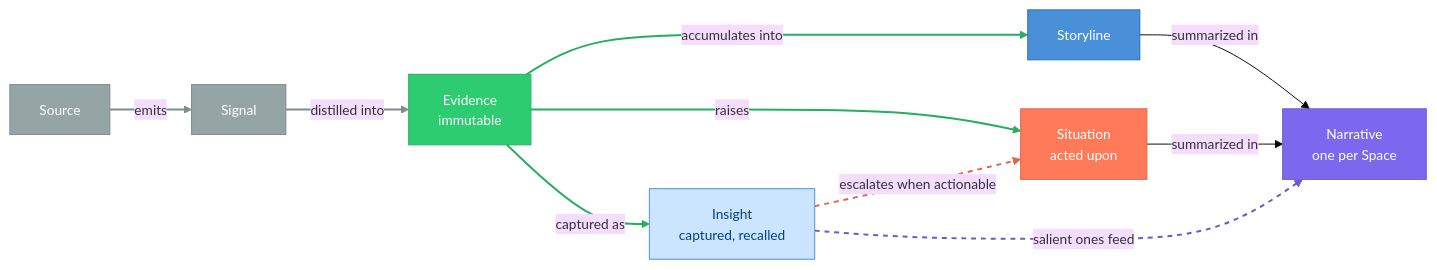
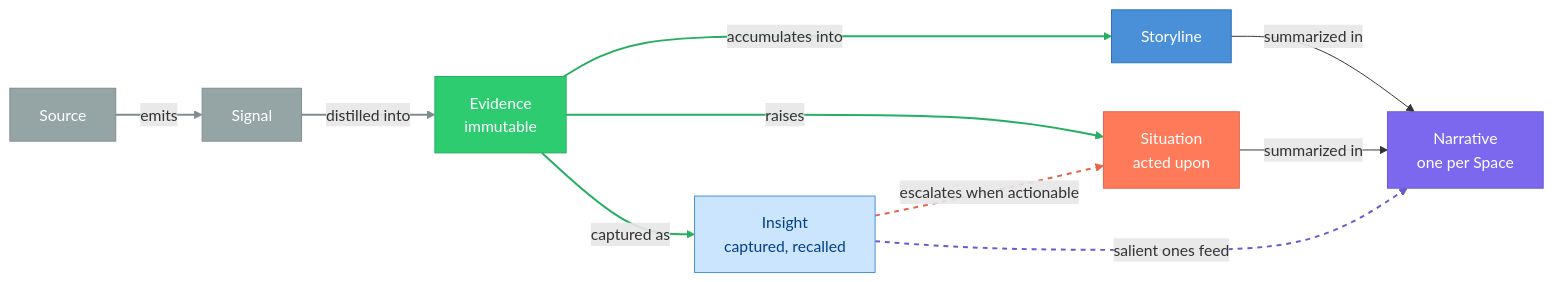
One commit to alex-oleshkevich/dailydrift changed the second of 2 diagrams in specs/data-model.md. Above: the diagram before and after it, drawn with Mermaid. The commit also changed other lines of this file and 44 other files, not shown here.

````diff
--- a/specs/data-model.md
+++ b/specs/data-model.md
@@ -205,33 +204,32 @@
 ```mermaid
-%%{init: {'theme': 'base', 'themeVariables': {'fontSize': '14px'}}}%%
 flowchart LR
     classDef input fill:#95A5A6,stroke:#7F8C8D,color:#fff
     classDef fact fill:#2ECC71,stroke:#27AE60,color:#fff
     classDef continuity fill:#4A90D9,stroke:#2C6FB5,color:#fff
     classDef condition fill:#FF7A59,stroke:#E0654A,color:#fff
     classDef discovery fill:#CCE5FF,stroke:#4A90D9,color:#004085
     classDef synthesis fill:#7B68EE,stroke:#6A5ACD,color:#fff
 
     SRC["Source"]:::input
     SIG["Signal"]:::input
-    EV["Evidence\nimmutable"]:::fact
+    EV["Evidence<br/>immutable"]:::fact
     STORY["Storyline"]:::continuity
-    SIT["Situation\nacted upon"]:::condition
-    INS["Insight\ncaptured, recalled"]:::discovery
-    NAR["Narrative\none per Space"]:::synthesis
+    SIT["Situation<br/>acted upon"]:::condition
+    INS["Insight<br/>captured, recalled"]:::discovery
+    NAR["Narrative<br/>one per Space"]:::synthesis
 
     SRC -->|"emits"| SIG
     SIG -->|"distilled into"| EV
     EV -->|"accumulates into"| STORY
     EV -->|"raises"| SIT
     EV -->|"captured as"| INS
     STORY -->|"summarized in"| NAR
     SIT -->|"summarized in"| NAR
     INS -.->|"escalates when actionable"| SIT
     INS -.->|"salient ones feed"| NAR
 
     linkStyle 0,1 stroke:#7F8C8D,stroke-width:2px
     linkStyle 2,3,4 stroke:#27AE60,stroke-width:2px
     linkStyle 7 stroke:#E0654A,stroke-width:2px,stroke-dasharray:5 5
     linkStyle 8 stroke:#6A5ACD,stroke-width:2px,stroke-dasharray:5 5
 ```
````
